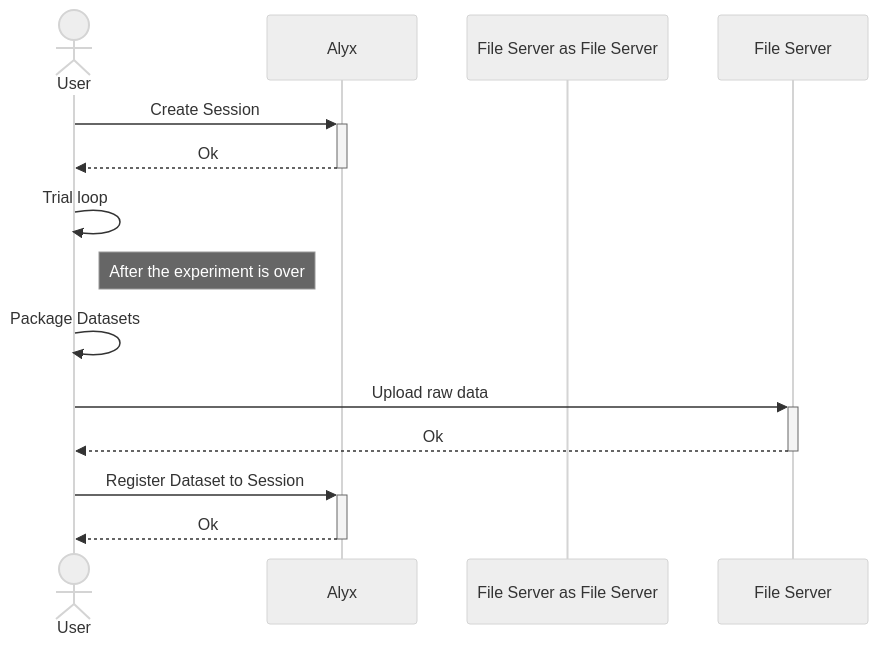
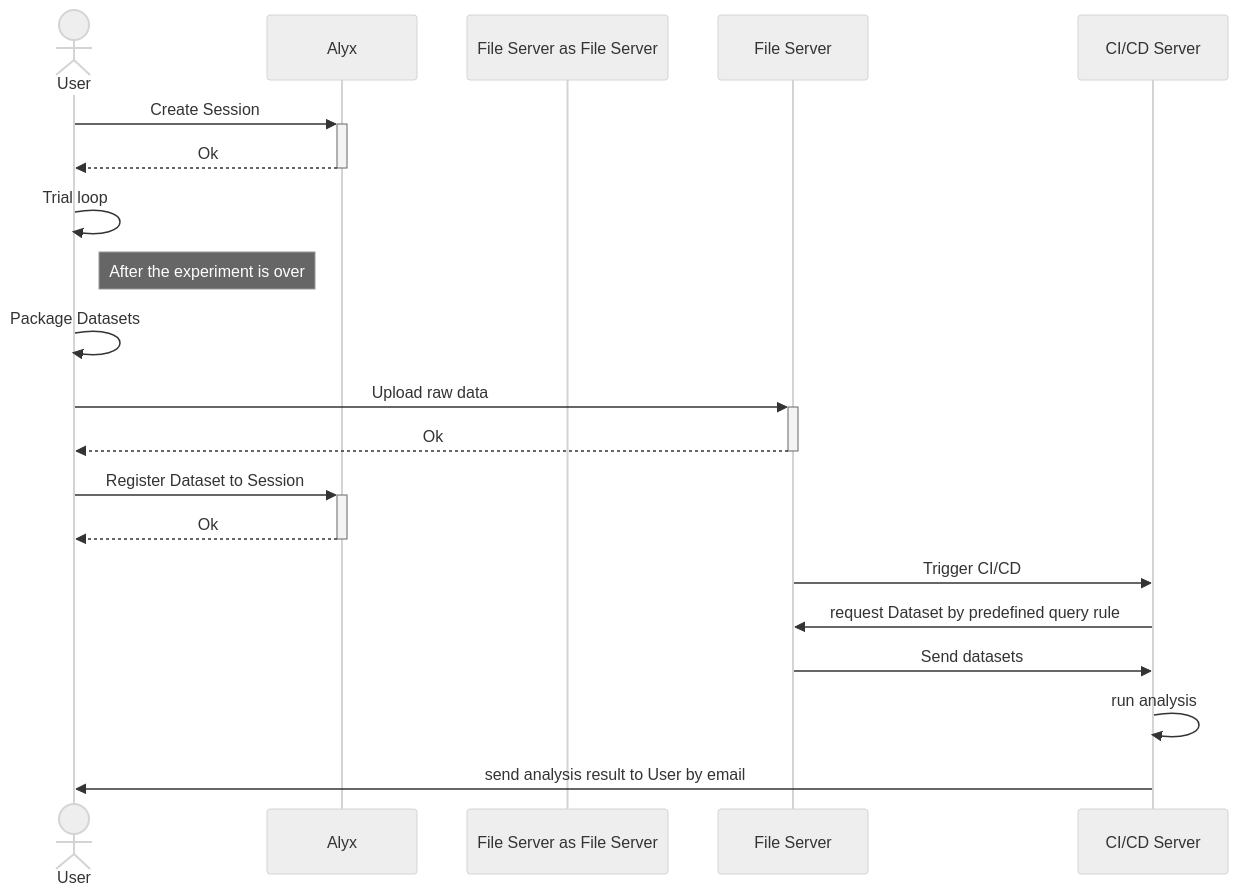
The first of 2 diagrams in README.md (Ccccraz/alyx_demo), drawn with Mermaid (neutral theme) before and after one commit. The commit also changed other lines of this file, not shown here.

````diff
--- a/README.md
+++ b/README.md
@@ -10,15 +33,20 @@
 ```mermaid
 sequenceDiagram
   actor User as User
   participant Alyx as Alyx
   participant File Server as File Server
   User ->>+ Alyx: Create Session
   Alyx -->>- User: Ok
   User ->> User: Trial loop
   Note right of User: After the experiment is over
   User ->> User: Package Datasets
   User ->>+ File Server: Upload raw data
   File Server -->>- User: Ok
   User ->>+ Alyx: Register Dataset to Session
   Alyx -->>- User: Ok
+  File Server ->> CI/CD Server: Trigger CI/CD
+  CI/CD Server ->> File Server: request Dataset by predefined query rule
+  File Server ->> CI/CD Server: Send datasets
+  CI/CD Server ->> CI/CD Server: run analysis
+  CI/CD Server ->> User: send analysis result to User by email
 ```
````
